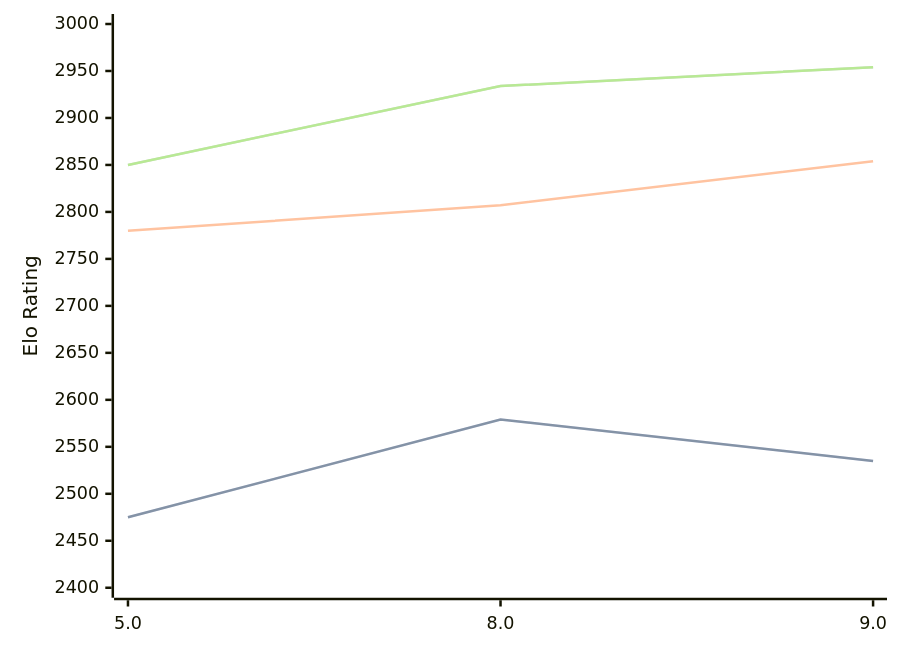
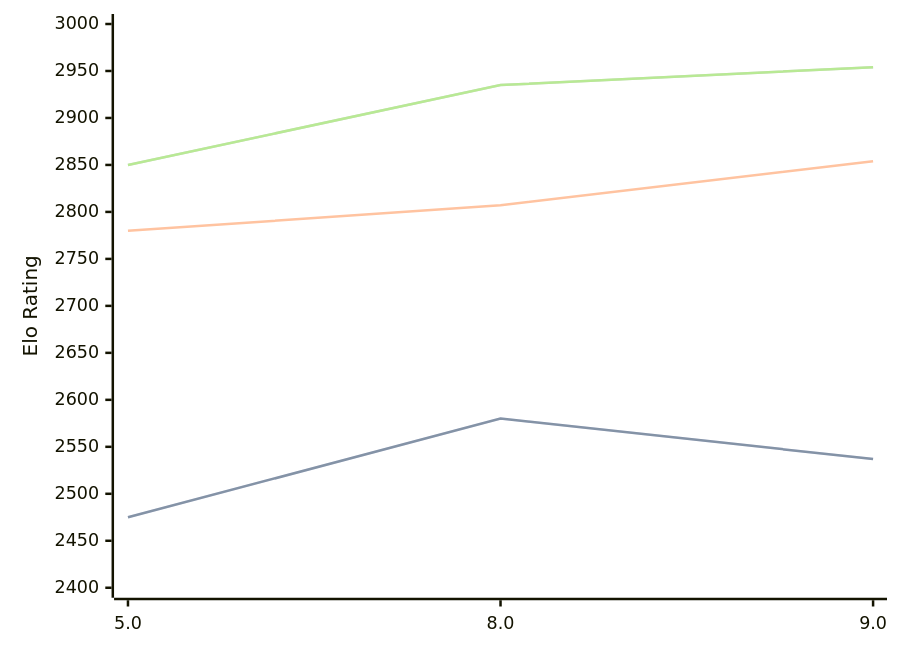
The first of 3 diagrams in engines/4kc.md (computer-chess-index/cci), drawn with Mermaid before and after one commit. The commit also changed other lines of this file, not shown here.

Commit message:
Update CCI Ratings (ELO VLTC) - 2026-07-09

````diff
--- a/engines/4kc.md
+++ b/engines/4kc.md
@@ -42,11 +42,11 @@
 ```mermaid
 %%{init: {"theme":"base","themeVariables":{"seriesColors:['#a3a3a3','#222221','#faa371']}}}%%
 xychart-beta
   x-axis ["5.0", "8.0", "9.0"]
   y-axis "Elo Rating" 2400 --> 3000
-  line "STC (8.0+0.08s)" [2475, 2579, 2535]
-  line "STC (8.0+0.08s)" [2475, 2579, 2535]
+  line "STC (8.0+0.08s)" [2475, 2580, 2537]
+  line "STC (8.0+0.08s)" [2475, 2580, 2537]
   line "LTC (60.0+0.60s)" [2780, 2807, 2854]
-  line "VLTC (2m24s+1.12s)" [2850, 2934, 2954]
-  line "VLTC (2m24s+1.12s)" [2850, 2934, 2954]
+  line "VLTC (2m24s+1.12s)" [2850, 2935, 2954]
+  line "VLTC (2m24s+1.12s)" [2850, 2935, 2954]
 ```
````
